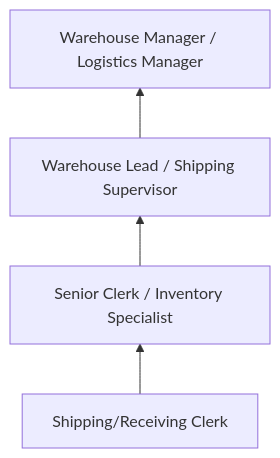
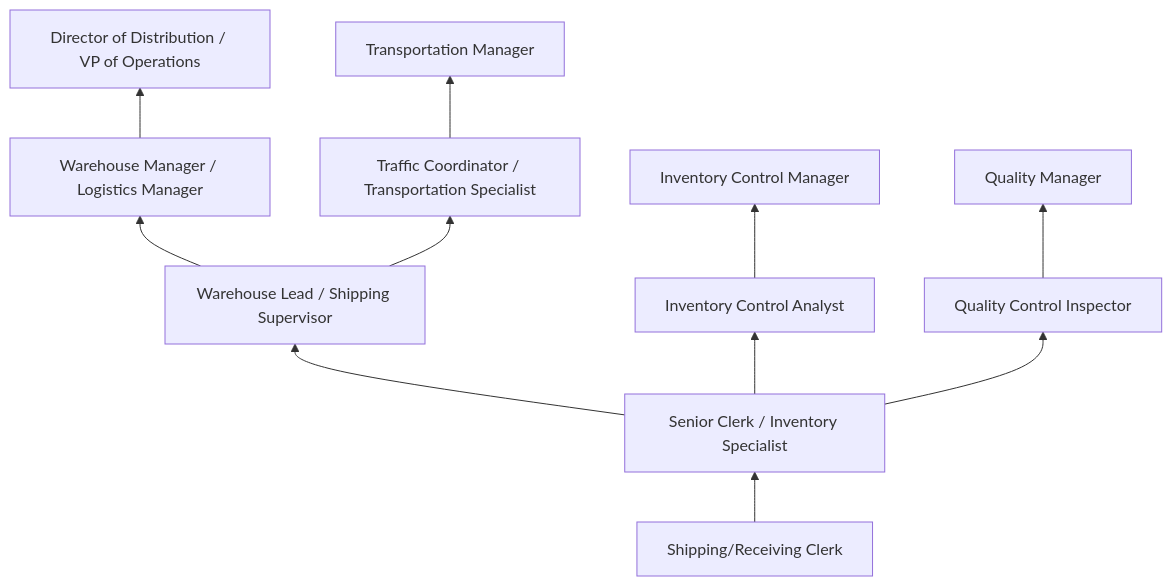
The third of 4 diagrams in occupations/Administrative/ShippingReceivingAndInventoryClerks.mdx (kziemski/business.org.ai), drawn with Mermaid before and after one commit. The commit also changed other lines of this file and 19 other files, not shown here.

````diff
--- a/occupations/Administrative/ShippingReceivingAndInventoryClerks.mdx
+++ b/occupations/Administrative/ShippingReceivingAndInventoryClerks.mdx
@@ -74,6 +136,16 @@
 ```mermaid
 graph BT
     Entry["Shipping/Receiving Clerk"] --> Mid["Senior Clerk / Inventory Specialist"]
     Mid --> Lead["Warehouse Lead / Shipping Supervisor"]
     Lead --> Manager["Warehouse Manager / Logistics Manager"]
+    Manager --> Director["Director of Distribution / VP of Operations"]
+
+    Mid --> Inventory["Inventory Control Analyst"]
+    Inventory --> InvMgr["Inventory Control Manager"]
+
+    Lead --> Traffic["Traffic Coordinator / Transportation Specialist"]
+    Traffic --> TrafficMgr["Transportation Manager"]
+
+    Mid --> Quality["Quality Control Inspector"]
+    Quality --> QualityMgr["Quality Manager"]
 ```
````
